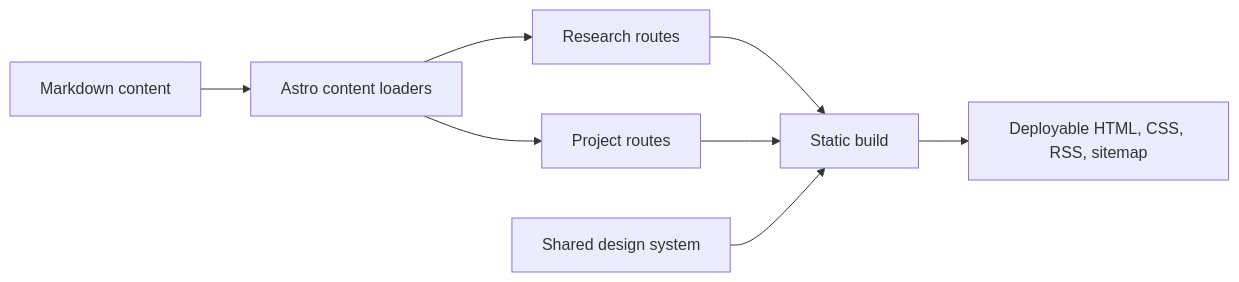
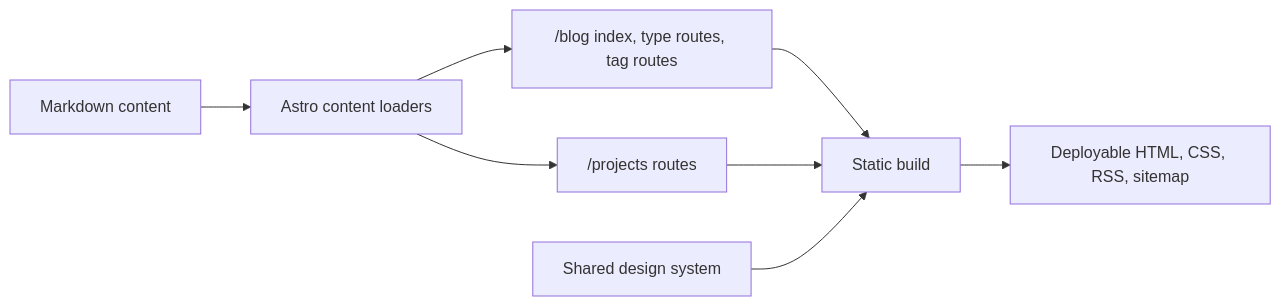
One commit to xiaomayi-ant/sublog changed the diagram in README.md. Above: the diagram before and after it, drawn with Mermaid. The commit also changed other lines of this file, not shown here.

First line of the commit message:
docs(readme): align with actual routes, collections, and test gate

````diff
--- a/README.md
+++ b/README.md
@@ -30,10 +40,10 @@
 ```mermaid
 flowchart LR
   C["Markdown content"] --> L["Astro content loaders"]
-  L --> R["Research routes"]
-  L --> P["Project routes"]
+  L --> R["/blog index, type routes, tag routes"]
+  L --> P["/projects routes"]
   R --> B["Static build"]
   P --> B
   S["Shared design system"] --> B
   B --> O["Deployable HTML, CSS, RSS, sitemap"]
 ```
````
